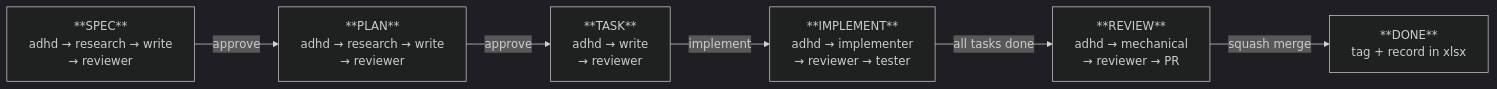
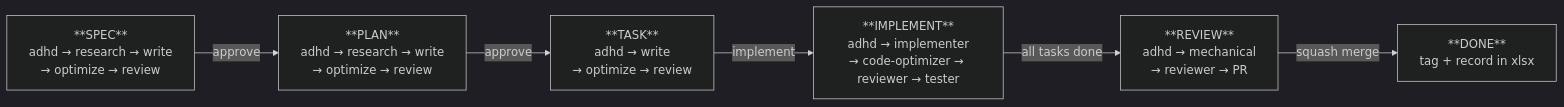
The second of 4 diagrams in README.md (bperin/project-context), drawn with Mermaid (dark theme) before and after one commit. The commit also changed other lines of this file and 18 other files, not shown here.

First line of the commit message:
Add optimizer-reviewer separation to workflows

````diff
--- a/README.md
+++ b/README.md
@@ -82,14 +82,14 @@
 ```mermaid
 graph LR
-    SPEC["**SPEC**<br/>adhd → research → write<br/>→ reviewer"]
-    PLAN["**PLAN**<br/>adhd → research → write<br/>→ reviewer"]
-    TASK["**TASK**<br/>adhd → write<br/>→ reviewer"]
-    IMPL["**IMPLEMENT**<br/>adhd → implementer<br/>→ reviewer → tester"]
+    SPEC["**SPEC**<br/>adhd → research → write<br/>→ optimize → review"]
+    PLAN["**PLAN**<br/>adhd → research → write<br/>→ optimize → review"]
+    TASK["**TASK**<br/>adhd → write<br/>→ optimize → review"]
+    IMPL["**IMPLEMENT**<br/>adhd → implementer<br/>→ code-optimizer → reviewer → tester"]
     REVIEW["**REVIEW**<br/>adhd → mechanical<br/>→ reviewer → PR"]
 
     SPEC -->|approve| PLAN
     PLAN -->|approve| TASK
     TASK -->|implement| IMPL
     IMPL -->|all tasks done| REVIEW
     REVIEW -->|squash merge| DONE["**DONE**<br/>tag + record in xlsx"]
 ```
````
